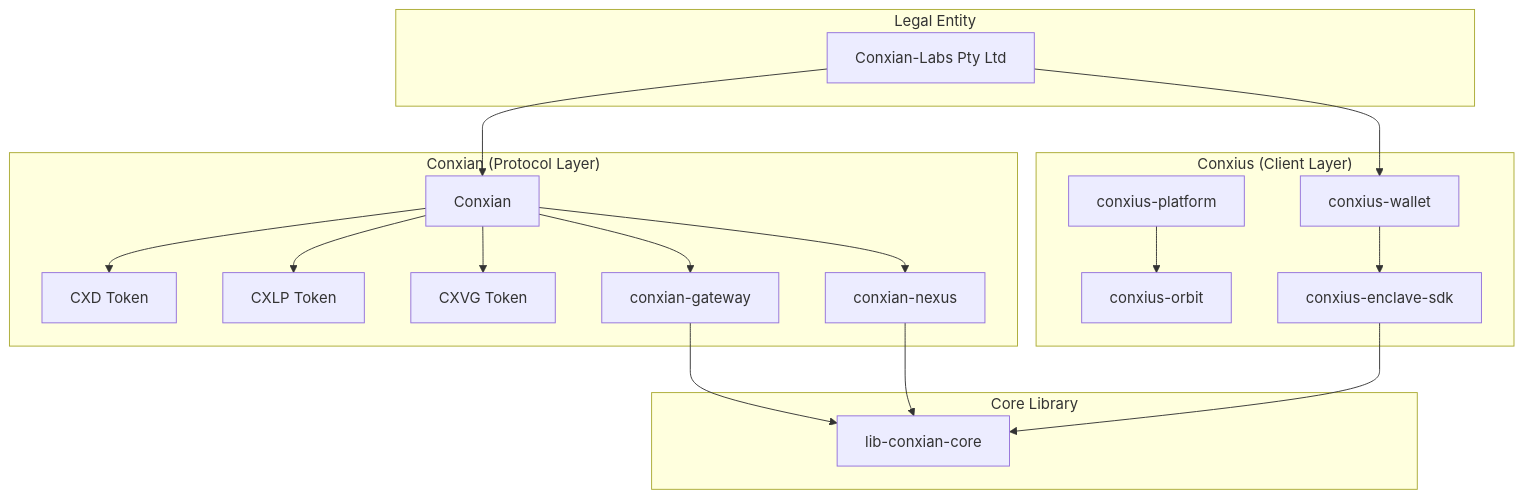
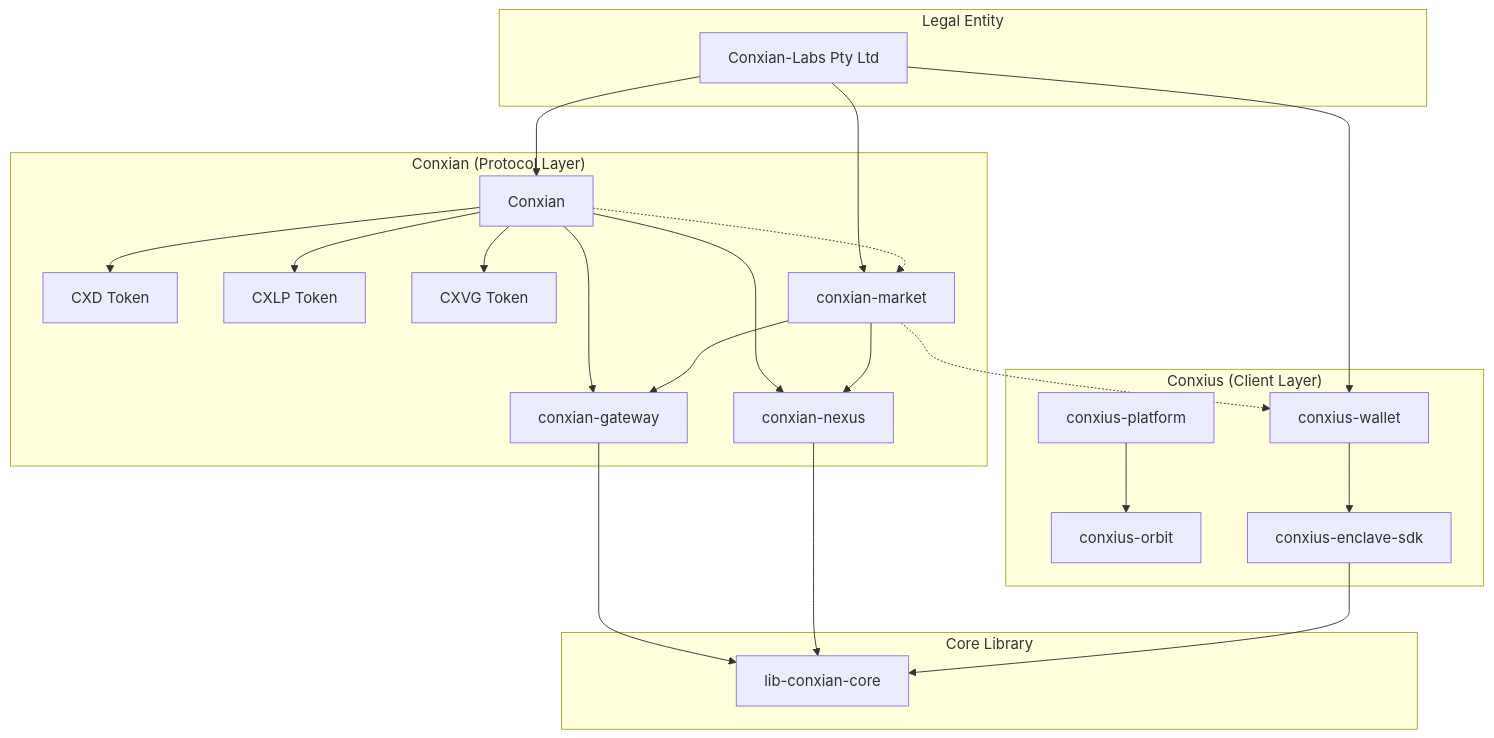
The second of 2 diagrams in BOS_KNOWLEDGE_GRAPH.md (Anya-org/Conxian), drawn with Mermaid before and after one commit. The commit also changed other lines of this file and 4 other files, not shown here.

````diff
--- a/BOS_KNOWLEDGE_GRAPH.md
+++ b/BOS_KNOWLEDGE_GRAPH.md
@@ -147,43 +148,50 @@
 ```mermaid
 graph TB
     subgraph "Legal Entity"
         CL[Conxian-Labs Pty Ltd]
     end
     
     subgraph "Conxian (Protocol Layer)"
         CNX[Conxian]
         CXD[CXD Token]
         CXLP[CXLP Token]
         CXVG[CXVG Token]
         NEXUS[conxian-nexus]
         GATEWAY[conxian-gateway]
+        MARKET[conxian-market]
     end
     
     subgraph "Conxius (Client Layer)"
         WALLET[conxius-wallet]
         PLATFORM[conxius-platform]
         ORBIT[conxius-orbit]
         ENCLAVE[conxius-enclave-sdk]
     end
     
     subgraph "Core Library"
         CORE[lib-conxian-core]
     end
     
     CL --> CNX
     CL --> WALLET
+    CL --> MARKET
     
     CNX --> CXD
     CNX --> CXLP
     CNX --> CXVG
     
     CNX --> GATEWAY
     CNX --> NEXUS
+    CNX -.-> MARKET
+    
+    MARKET --> GATEWAY
+    MARKET --> NEXUS
+    MARKET -.-> WALLET
     
     GATEWAY --> CORE
     NEXUS --> CORE
     ENCLAVE --> CORE
     
     WALLET --> ENCLAVE
     PLATFORM --> ORBIT
 ```
````
